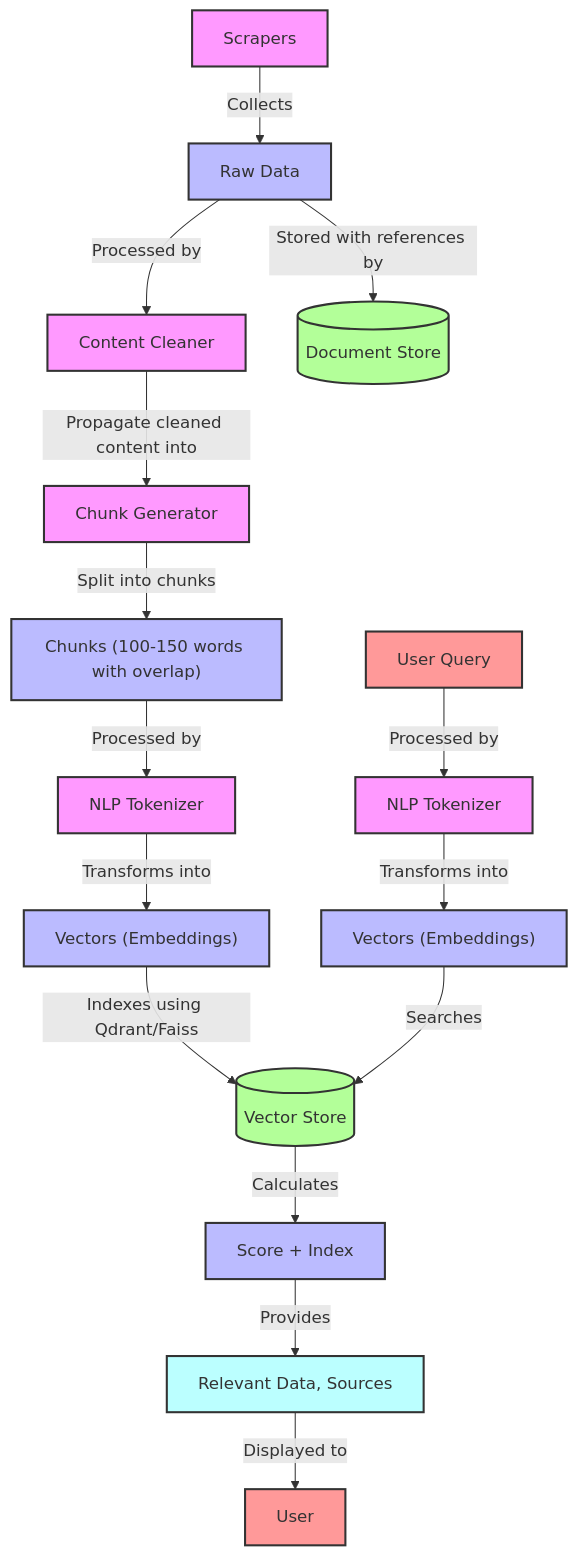
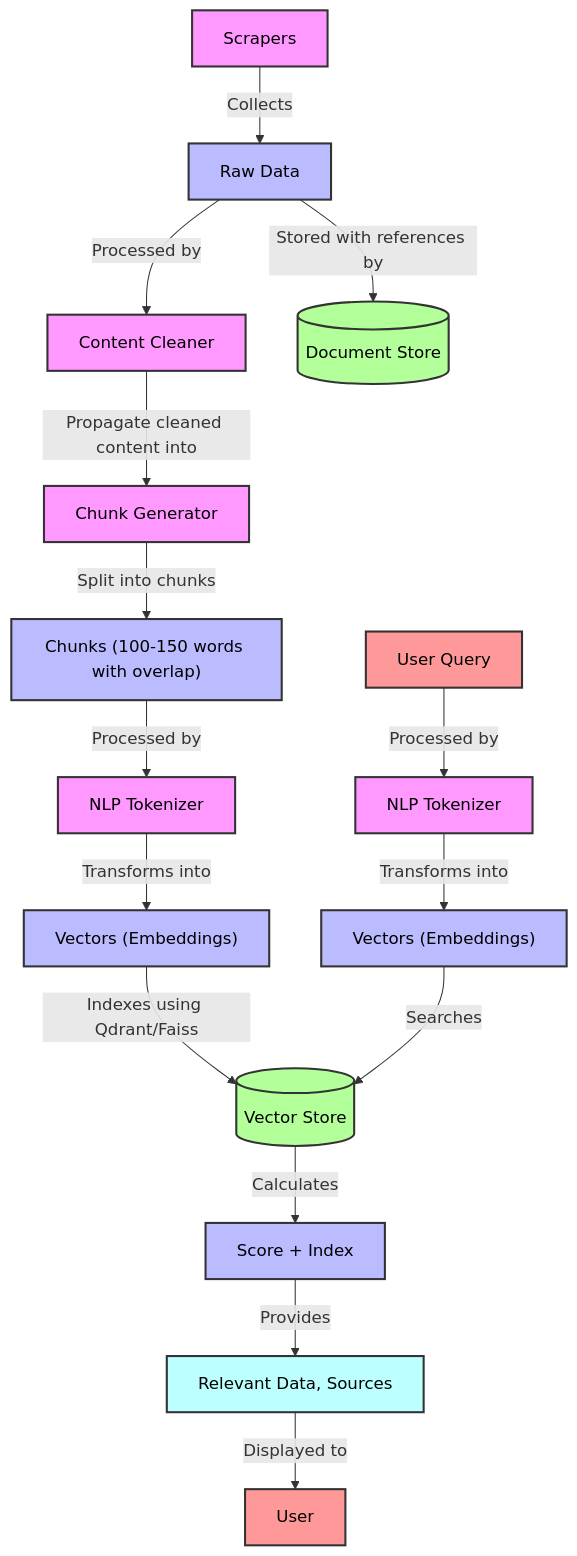
One commit to IU-PR/Capstone_project changed the second of 2 diagrams in content/docs/2024/one-zero-eight/week2.md. Above: the diagram before and after it, drawn with Mermaid. The commit also changed other lines of this file, not shown here.

Commit message:
chore: make diagrams visible

````diff
--- a/content/docs/2024/one-zero-eight/week2.md
+++ b/content/docs/2024/one-zero-eight/week2.md
@@ -55,38 +55,38 @@
 ```mermaid
 graph TD
-    style Scrapers fill:#f9f,stroke:#333,stroke-width:2px
-    style RawData fill:#bbf,stroke:#333,stroke-width:2px
-    style Cleaner fill:#f9f,stroke:#333,stroke-width:2px
-    style Storage fill:#b3ff99,stroke:#333,stroke-width:2px
-    style Chunks fill:#bbf,stroke:#333,stroke-width:2px
-    style Tokenizer fill:#f9f,stroke:#333,stroke-width:2px
-    style Vectors fill:#bbf,stroke:#333,stroke-width:2px
-    style Similarity fill:#b3ff99,stroke:#333,stroke-width:2px
-    style ScoreIndex fill:#bbf,stroke:#333,stroke-width:2px
-    style Query fill:#f99,stroke:#333,stroke-width:2px
-    style ChunkGenerator fill:#f9f,stroke:#333,stroke-width:2px
-    style Answer fill:#bff,stroke:#333,stroke-width:2px
-    style QueryTokenizer fill:#f9f,stroke:#333,stroke-width:2px
-    style QueryVectors fill:#bbf,stroke:#333,stroke-width:2px
-    style User fill:#f99,stroke:#333,stroke-width:2px
+    style Scrapers fill:#f9f,stroke:#333,stroke-width:2px,color:#000
+    style RawData fill:#bbf,stroke:#333,stroke-width:2px,color:#000
+    style Cleaner fill:#f9f,stroke:#333,stroke-width:2px,color:#000
+    style Storage fill:#b3ff99,stroke:#333,stroke-width:2px,color:#000
+    style Chunks fill:#bbf,stroke:#333,stroke-width:2px,color:#000
+    style Tokenizer fill:#f9f,stroke:#333,stroke-width:2px,color:#000
+    style Vectors fill:#bbf,stroke:#333,stroke-width:2px,color:#000
+    style Similarity fill:#b3ff99,stroke:#333,stroke-width:2px,color:#000
+    style ScoreIndex fill:#bbf,stroke:#333,stroke-width:2px,color:#000
+    style Query fill:#f99,stroke:#333,stroke-width:2px,color:#000
+    style ChunkGenerator fill:#f9f,stroke:#333,stroke-width:2px,color:#000
+    style Answer fill:#bff,stroke:#333,stroke-width:2px,color:#000
+    style QueryTokenizer fill:#f9f,stroke:#333,stroke-width:2px,color:#000
+    style QueryVectors fill:#bbf,stroke:#333,stroke-width:2px,color:#000
+    style User fill:#f99,stroke:#333,stroke-width:2px,color:#000
 
     %% Document Pipeline %%
     Scrapers["Scrapers"] -->|Collects| RawData["Raw Data"]
     RawData -->|Processed by| Cleaner["Content Cleaner"]
     Cleaner -->|Propagate cleaned content into| ChunkGenerator["Chunk Generator"]
     ChunkGenerator -->|Split into chunks| Chunks["Chunks (100-150 words with overlap)"]
     Chunks -->|Processed by| Tokenizer["NLP Tokenizer"]
     Tokenizer -->|Transforms into| Vectors["Vectors (Embeddings)"]
     Vectors -->|Indexes using Qdrant/Faiss| Similarity[("Vector Store")]
     Similarity -->|Calculates| ScoreIndex["Score + Index"]
 
     RawData -->|Stored with references by| Storage[("Document Store")]
 
     %% Query Pipeline %%
     Query["User Query"] -->|Processed by| QueryTokenizer["NLP Tokenizer"]
     QueryTokenizer -->|Transforms into| QueryVectors["Vectors (Embeddings)"]
     QueryVectors -->|Searches| Similarity
     ScoreIndex -->|Provides| Answer["Relevant Data, Sources"]
     Answer -->|Displayed to| User["User"]
 
 ```
````
